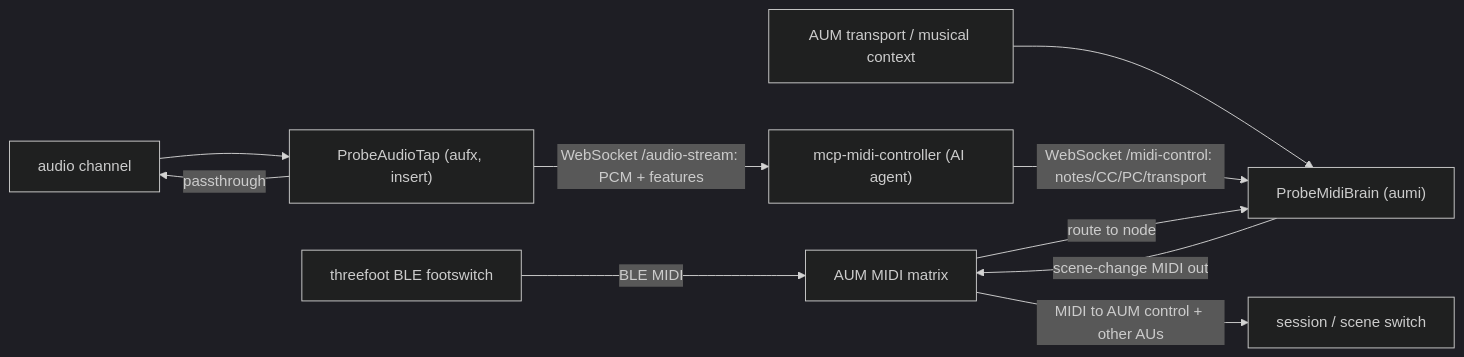
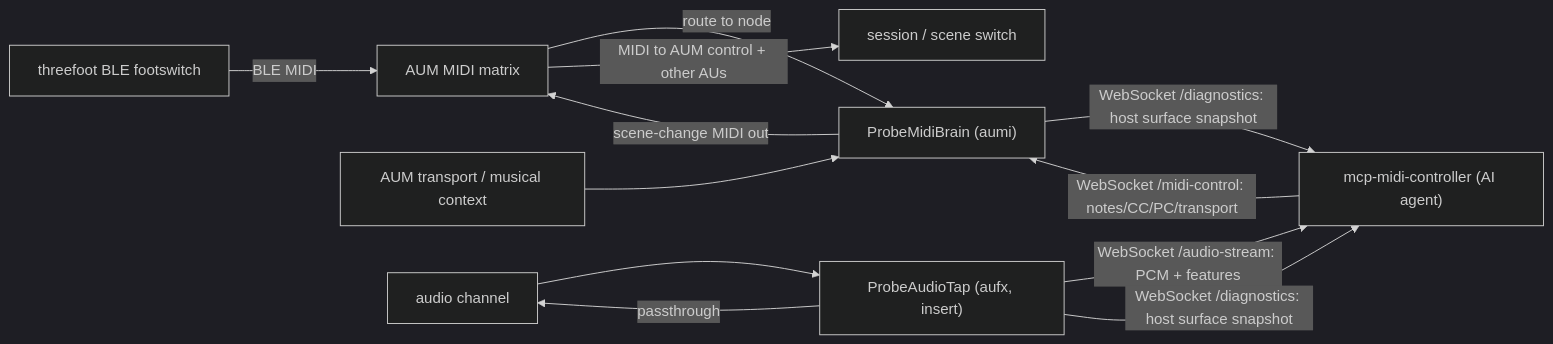
Before and after one commit to teemow/auv3-probe: the diagram in docs/auv3-extension.md, drawn with Mermaid (dark theme). The commit also changed other lines of this file and 30 other files, not shown here.

````diff
--- a/docs/auv3-extension.md
+++ b/docs/auv3-extension.md
@@ -51,12 +59,14 @@
 ```mermaid
 flowchart LR
   foot["threefoot BLE footswitch"] -->|"BLE MIDI"| aum["AUM MIDI matrix"]
   transport["AUM transport / musical context"] --> brain
   mcp["mcp-midi-controller (AI agent)"] -->|"WebSocket /midi-control: notes/CC/PC/transport"| brain
   aum -->|"route to node"| brain["ProbeMidiBrain (aumi)"]
   brain -->|"scene-change MIDI out"| aum
   aum -->|"MIDI to AUM control + other AUs"| scene["session / scene switch"]
   audioIn["audio channel"] --> tap["ProbeAudioTap (aufx, insert)"]
   tap -->|"passthrough"| audioIn
   tap -->|"WebSocket /audio-stream: PCM + features"| mcp
+  brain -->|"WebSocket /diagnostics: host surface snapshot"| mcp
+  tap -->|"WebSocket /diagnostics: host surface snapshot"| mcp
 ```
````
